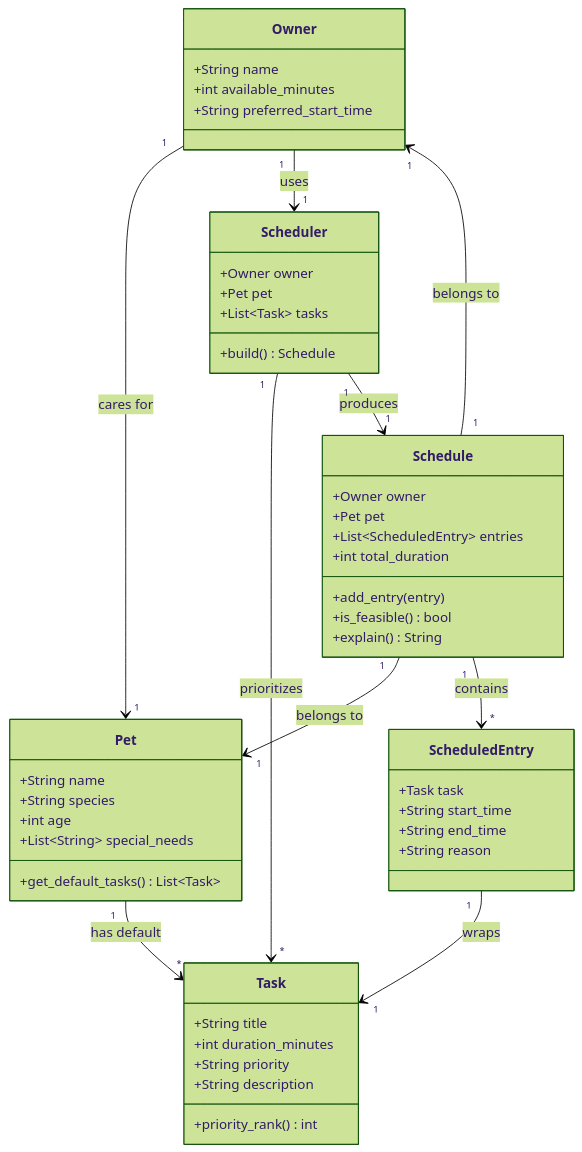
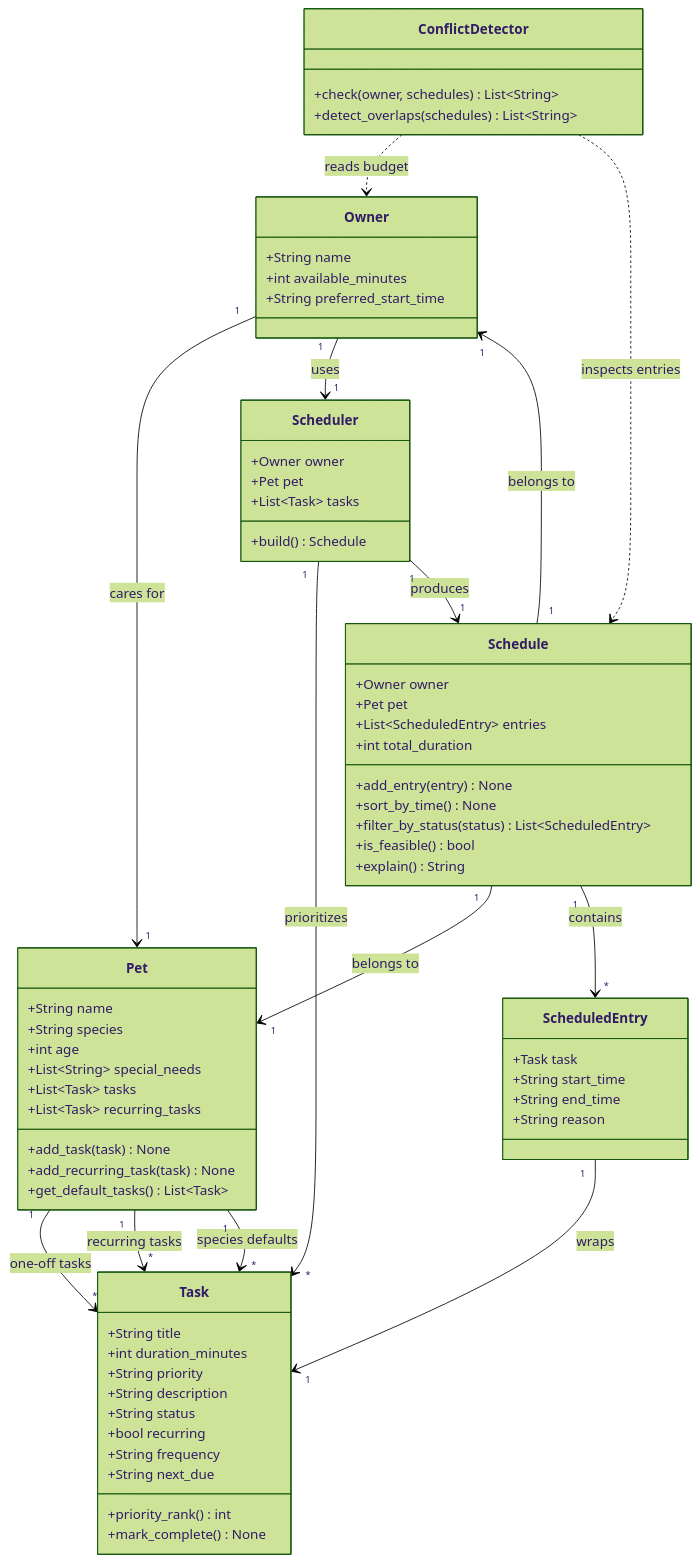
One commit to Bashgea/ai110-module2show-pawpal-starter changed the diagram in uml.md. Above: the diagram before and after it, drawn with Mermaid (forest theme). The commit also changed other lines of this file and 4 other files, not shown here.

````diff
--- a/uml.md
+++ b/uml.md
@@ -3,58 +3,78 @@
 ```mermaid
 classDiagram
     class Task {
         +String title
         +int duration_minutes
         +String priority
         +String description
+        +String status
+        +bool recurring
+        +String frequency
+        +String next_due
         +priority_rank() int
+        +mark_complete() None
     }
 
     class ScheduledEntry {
         +Task task
         +String start_time
         +String end_time
         +String reason
     }
 
     class Pet {
         +String name
         +String species
         +int age
         +List~String~ special_needs
+        +List~Task~ tasks
+        +List~Task~ recurring_tasks
+        +add_task(task) None
+        +add_recurring_task(task) None
         +get_default_tasks() List~Task~
     }
 
     class Owner {
         +String name
         +int available_minutes
         +String preferred_start_time
     }
 
     class Schedule {
         +Owner owner
         +Pet pet
         +List~ScheduledEntry~ entries
         +int total_duration
-        +add_entry(entry)
+        +add_entry(entry) None
+        +sort_by_time() None
+        +filter_by_status(status) List~ScheduledEntry~
         +is_feasible() bool
         +explain() String
     }
 
     class Scheduler {
         +Owner owner
         +Pet pet
         +List~Task~ tasks
         +build() Schedule
     }
 
+    class ConflictDetector {
+        +check(owner, schedules) List~String~
+        +detect_overlaps(schedules) List~String~
+    }
+
     Owner "1" --> "1" Pet : cares for
     Owner "1" --> "1" Scheduler : uses
-    Pet "1" --> "*" Task : has default
+    Pet "1" --> "*" Task : one-off tasks
+    Pet "1" --> "*" Task : recurring tasks
+    Pet "1" --> "*" Task : species defaults
     Scheduler "1" --> "*" Task : prioritizes
     Scheduler "1" --> "1" Schedule : produces
     Schedule "1" --> "1" Owner : belongs to
     Schedule "1" --> "1" Pet : belongs to
     Schedule "1" --> "*" ScheduledEntry : contains
     ScheduledEntry "1" --> "1" Task : wraps
+    ConflictDetector ..> Owner : reads budget
+    ConflictDetector ..> Schedule : inspects entries
 ```
````
